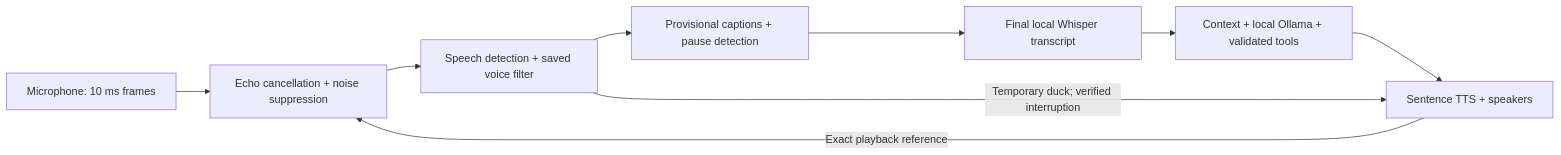
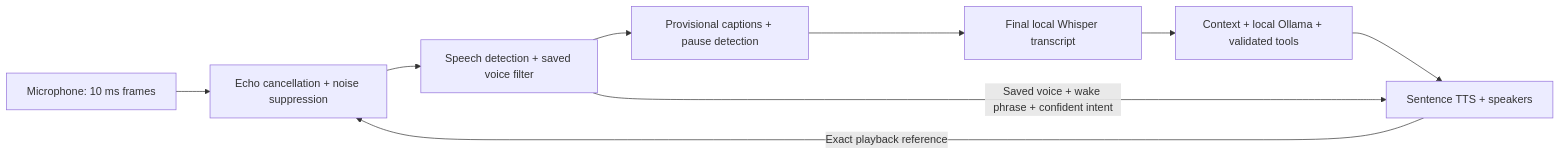
Before and after one commit to sannapanenibahnuteja/Astra-AI: the diagram in docs/CONVERSATIONAL-AUDIO-GUIDE.md, drawn with Mermaid. The commit also changed other lines of this file and 25 other files, not shown here.

````diff
--- a/docs/CONVERSATIONAL-AUDIO-GUIDE.md
+++ b/docs/CONVERSATIONAL-AUDIO-GUIDE.md
@@ -17,11 +19,11 @@
 ```mermaid
 flowchart LR
  A[Microphone: 10 ms frames] --> B[Echo cancellation + noise suppression]
  B --> C[Speech detection + saved voice filter]
  C --> D[Provisional captions + pause detection]
  D --> E[Final local Whisper transcript]
  E --> F[Context + local Ollama + validated tools]
  F --> G[Sentence TTS + speakers]
  G -->|Exact playback reference| B
- C -->|Temporary duck; verified interruption| G
+ C -->|Saved voice + wake phrase + confident intent| G
 ```
````
